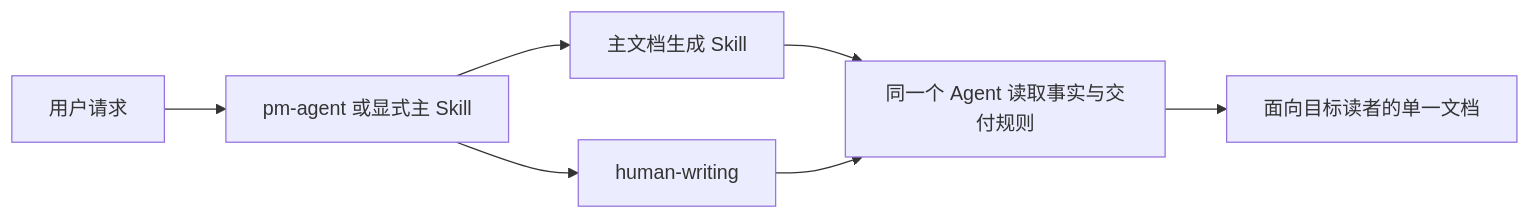
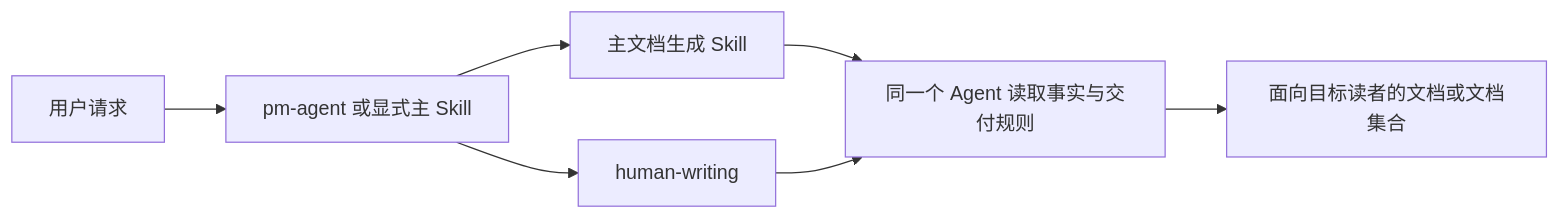
One commit to Neplich/dev-agent-skills changed the diagram in docs/engineer/agents/pm-agent/skills/human-writing/TRD.md. Above: the diagram before and after it, drawn with Mermaid. The commit also changed other lines of this file and 49 other files, not shown here.

````diff
--- a/docs/engineer/agents/pm-agent/skills/human-writing/TRD.md
+++ b/docs/engineer/agents/pm-agent/skills/human-writing/TRD.md
@@ -46,9 +52,9 @@
 ```mermaid
 flowchart LR
     U["用户请求"] --> R["pm-agent 或显式主 Skill"]
     R --> P["主文档生成 Skill"]
     R --> H["human-writing"]
     P --> A["同一个 Agent 读取事实与交付规则"]
     H --> A
-    A --> D["面向目标读者的单一文档"]
+    A --> D["面向目标读者的文档或文档集合"]
 ```
````
